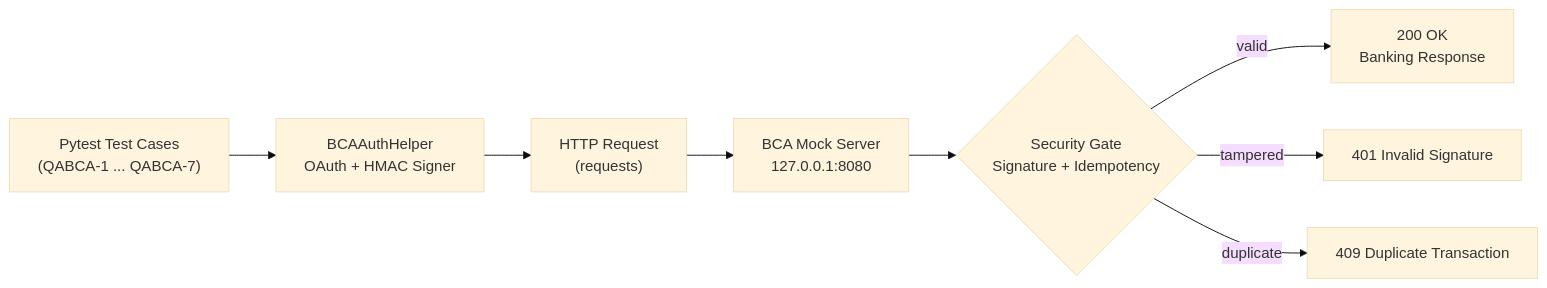
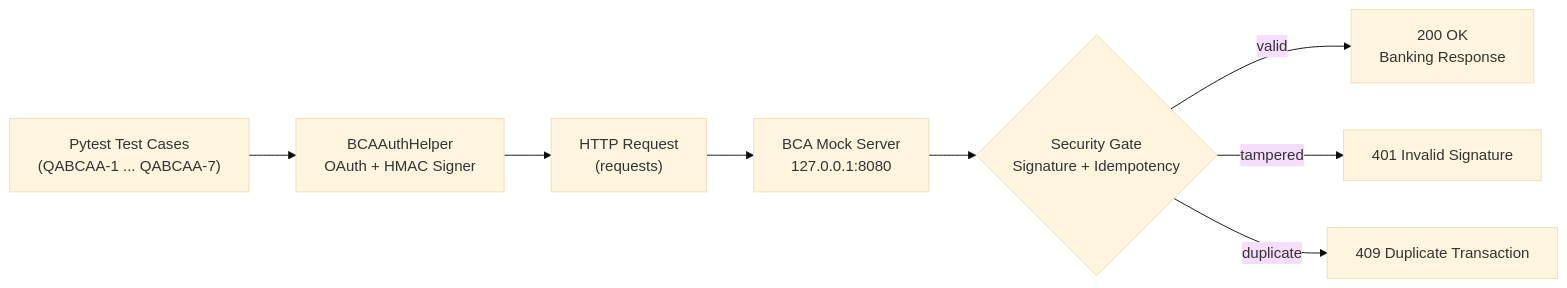
One commit to AlifNugraha17/qa-bca-open-banking-api-automation changed the diagram in README.md. Above: the diagram before and after it, drawn with Mermaid (base theme). The commit also changed other lines of this file and 9 other files, not shown here.

Commit message:
refactor: update Jira issue keys from QABCA to QABCAA across all test cases, documentation, and LinkedIn showcase

````diff
--- a/README.md
+++ b/README.md
@@ -44,10 +44,10 @@
 ```mermaid
 flowchart LR
-    T["Pytest Test Cases<br/>(QABCA-1 ... QABCA-7)"] --> H["BCAAuthHelper<br/>OAuth + HMAC Signer"]
+    T["Pytest Test Cases<br/>(QABCAA-1 ... QABCAA-7)"] --> H["BCAAuthHelper<br/>OAuth + HMAC Signer"]
     H --> R["HTTP Request<br/>(requests)"]
     R --> M["BCA Mock Server<br/>127.0.0.1:8080"]
     M --> V{"Security Gate<br/>Signature + Idempotency"}
     V -- valid --> OK["200 OK<br/>Banking Response"]
     V -- tampered --> E1["401 Invalid Signature"]
     V -- duplicate --> E2["409 Duplicate Transaction"]
 ```
````
